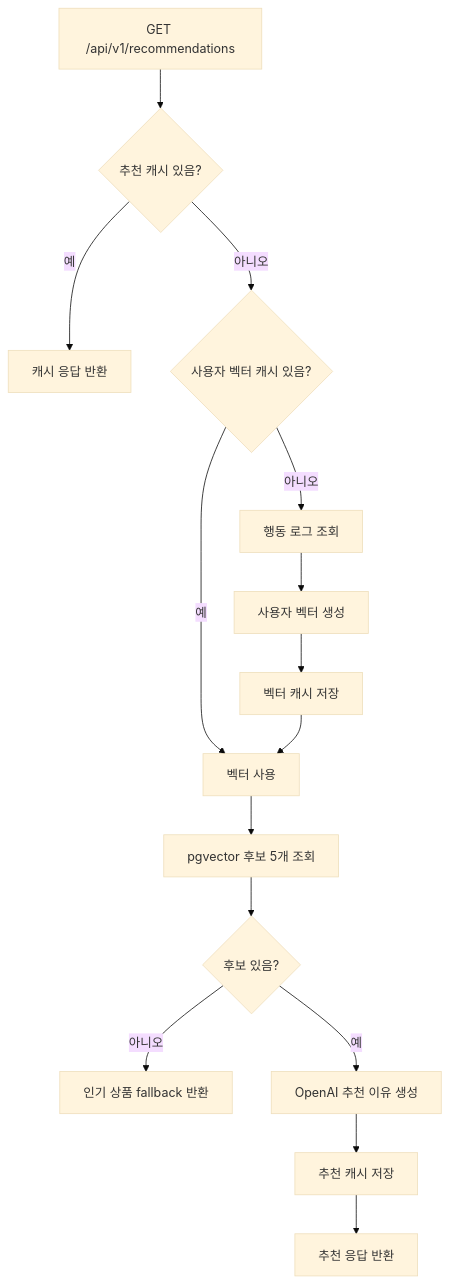
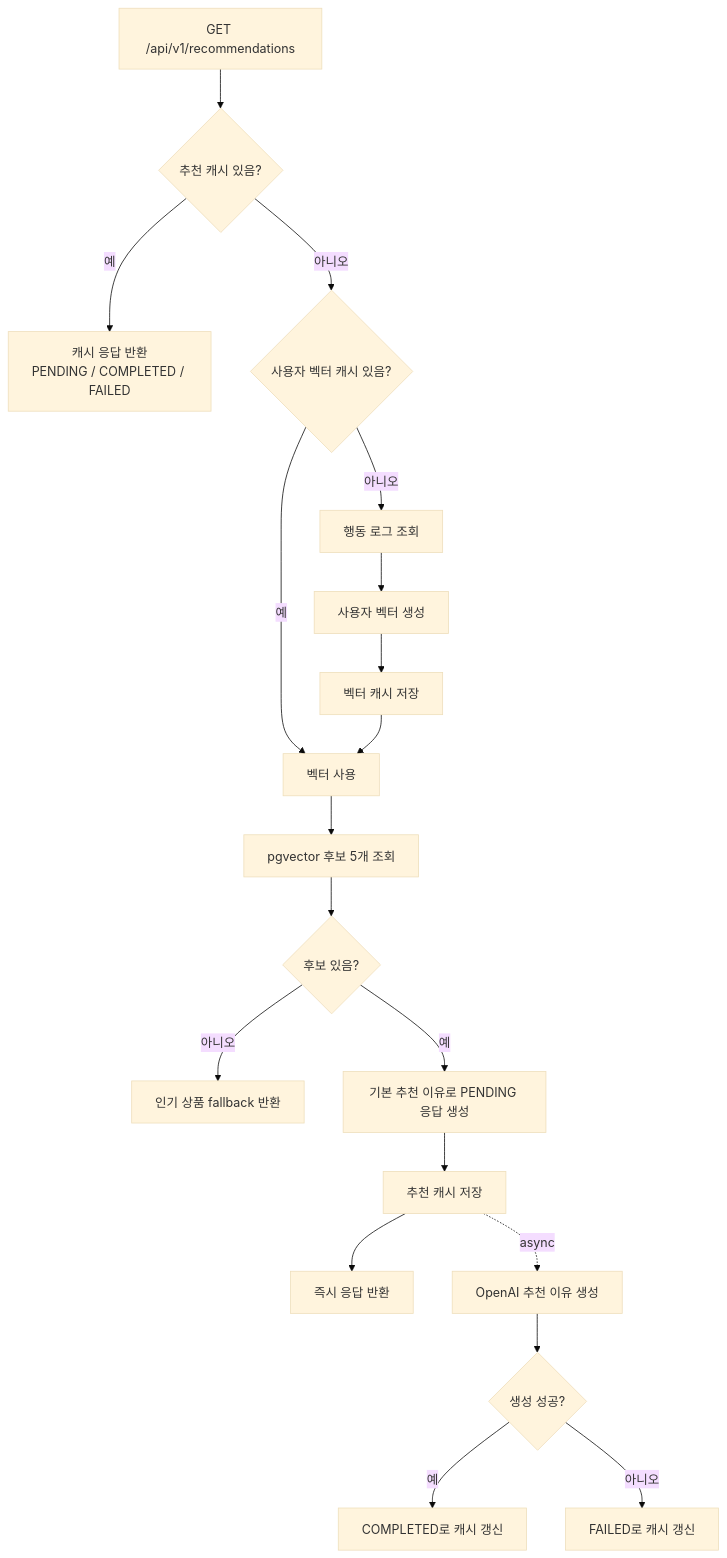
Before and after one commit to prgrms-be-adv-devcourse/beadv5_5_ChamomileChicken_BE: the first of 4 diagrams in docs/ai/recommendation-logic.md, drawn with Mermaid (base theme). The commit also changed other lines of this file and 2 other files, not shown here.

````diff
--- a/docs/ai/recommendation-logic.md
+++ b/docs/ai/recommendation-logic.md
@@ -5,17 +5,21 @@
 ```mermaid
 flowchart TD
     A["GET /api/v1/recommendations"] --> B{"추천 캐시 있음?"}
-    B -- 예 --> C["캐시 응답 반환"]
+    B -- 예 --> C["캐시 응답 반환<br/>PENDING / COMPLETED / FAILED"]
     B -- 아니오 --> D{"사용자 벡터 캐시 있음?"}
     D -- 예 --> E["벡터 사용"]
     D -- 아니오 --> F["행동 로그 조회"]
     F --> G["사용자 벡터 생성"]
     G --> H["벡터 캐시 저장"]
     H --> E
     E --> I["pgvector 후보 5개 조회"]
     I --> J{"후보 있음?"}
     J -- 아니오 --> K["인기 상품 fallback 반환"]
-    J -- 예 --> L["OpenAI 추천 이유 생성"]
+    J -- 예 --> L["기본 추천 이유로 PENDING 응답 생성"]
     L --> M["추천 캐시 저장"]
-    M --> N["추천 응답 반환"]
+    M --> N["즉시 응답 반환"]
+    M -. async .-> O["OpenAI 추천 이유 생성"]
+    O --> P{"생성 성공?"}
+    P -- 예 --> Q["COMPLETED로 캐시 갱신"]
+    P -- 아니오 --> R["FAILED로 캐시 갱신"]
 ```
````
